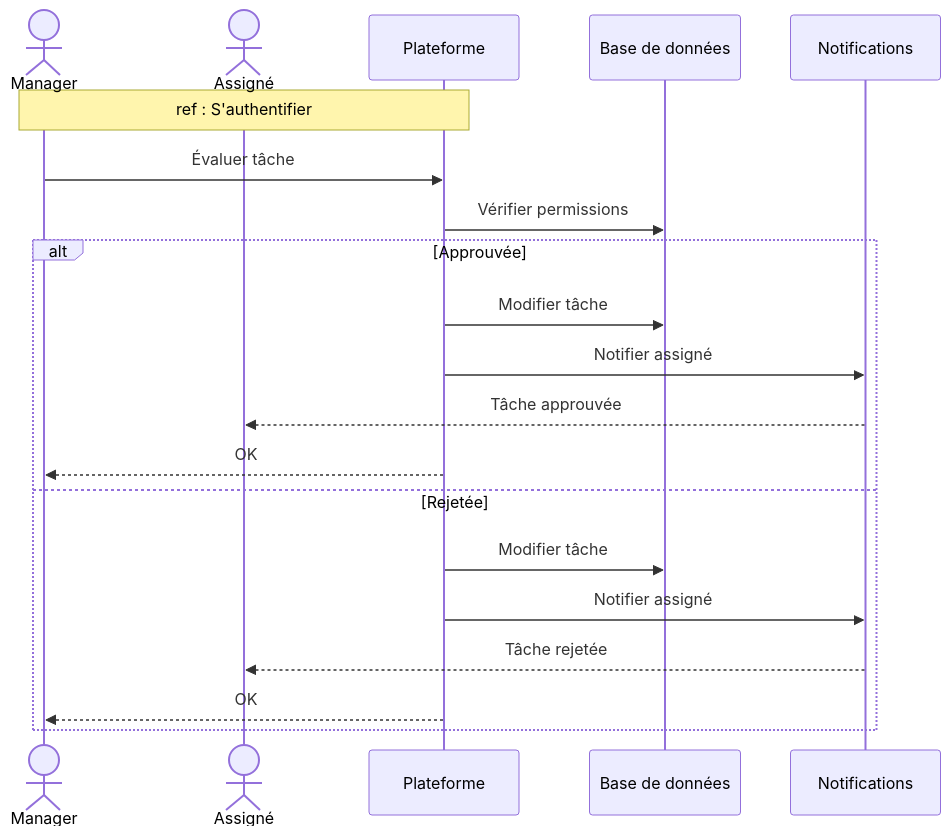
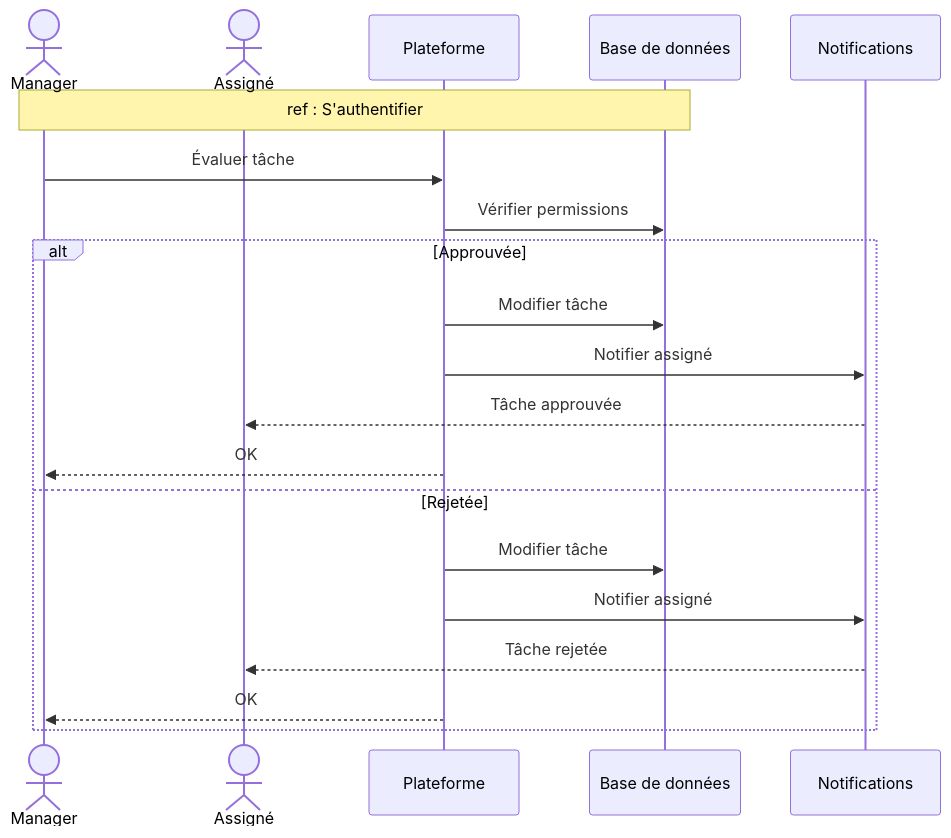
Diagram 13 of 16 in docs/SEQUENCE_DIAGRAMS.md (MohamedChebbi123/teamnest), drawn with Mermaid before and after one commit. The commit also changed other lines of this file, not shown here.

````diff
--- a/docs/SEQUENCE_DIAGRAMS.md
+++ b/docs/SEQUENCE_DIAGRAMS.md
@@ -387,24 +387,24 @@
 ```mermaid
 sequenceDiagram
     actor Manager
     actor Assignee as Assigné
     participant API as Plateforme
     participant DB as Base de données
     participant Notif as Notifications
 
-    Note over Manager,API: ref : S'authentifier
+    Note over Manager,DB: ref : S'authentifier
 
     Manager->>API: Évaluer tâche
     API->>DB: Vérifier permissions
     alt Approuvée
         API->>DB: Modifier tâche
         API->>Notif: Notifier assigné
         Notif-->>Assignee: Tâche approuvée
         API-->>Manager: OK
     else Rejetée
         API->>DB: Modifier tâche
         API->>Notif: Notifier assigné
         Notif-->>Assignee: Tâche rejetée
         API-->>Manager: OK
     end
 ```
````
